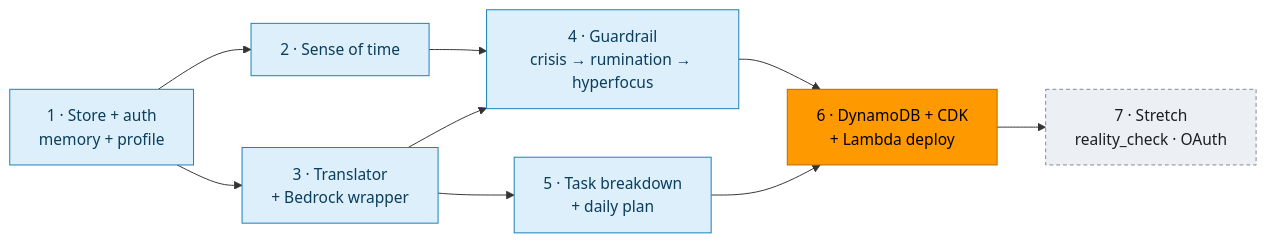
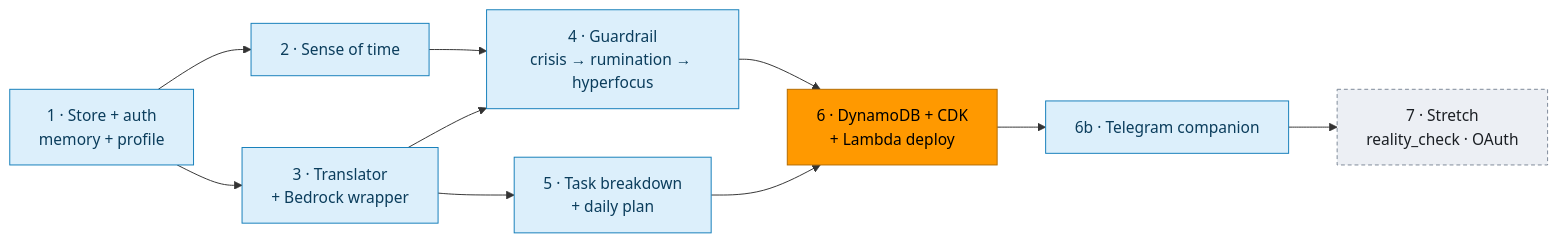
The tenth of 10 diagrams in docs/spec.md (navinrc/NeuroCare), drawn with Mermaid before and after one commit. The commit also changed other lines of this file and 2 other files, not shown here.

First line of the commit message:
docs: add decode triage and Telegram companion, drop web pages

````diff
--- a/docs/spec.md
+++ b/docs/spec.md
@@ -705,18 +884,20 @@
 ```mermaid
 flowchart LR
     P1[1 · Store + auth<br/>memory + profile] --> P2[2 · Sense of time]
     P1 --> P3[3 · Translator<br/>+ Bedrock wrapper]
     P2 --> P4[4 · Guardrail<br/>crisis → rumination → hyperfocus]
     P3 --> P4
     P3 --> P5[5 · Task breakdown<br/>+ daily plan]
     P4 --> P6[6 · DynamoDB + CDK<br/>+ Lambda deploy]
     P5 --> P6
-    P6 --> P7[7 · Stretch<br/>reality_check · OAuth]
+    P6 --> P6B[6b · Telegram companion]
+    P6B --> P7[7 · Stretch<br/>reality_check · OAuth]
 
     classDef mvp fill:#DCEFFB,stroke:#147EBA,color:#0B3D5C
     classDef aws fill:#FF9900,stroke:#B36B00,color:#000000
     classDef stretch fill:#ECEFF4,stroke:#7D8998,color:#1B1F24,stroke-dasharray:4 3
     class P1,P2,P3,P4,P5 mvp
     class P6 aws
+    class P6B mvp
     class P7 stretch
 ```
````
